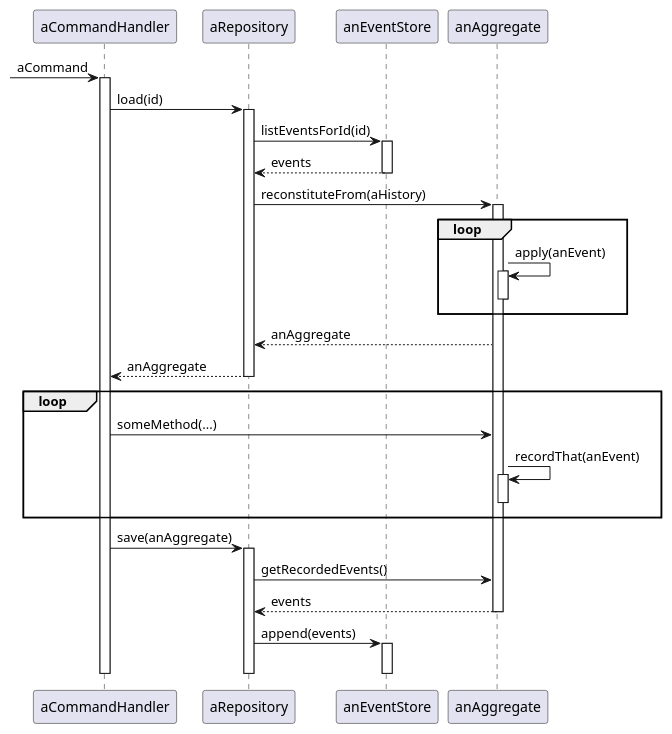
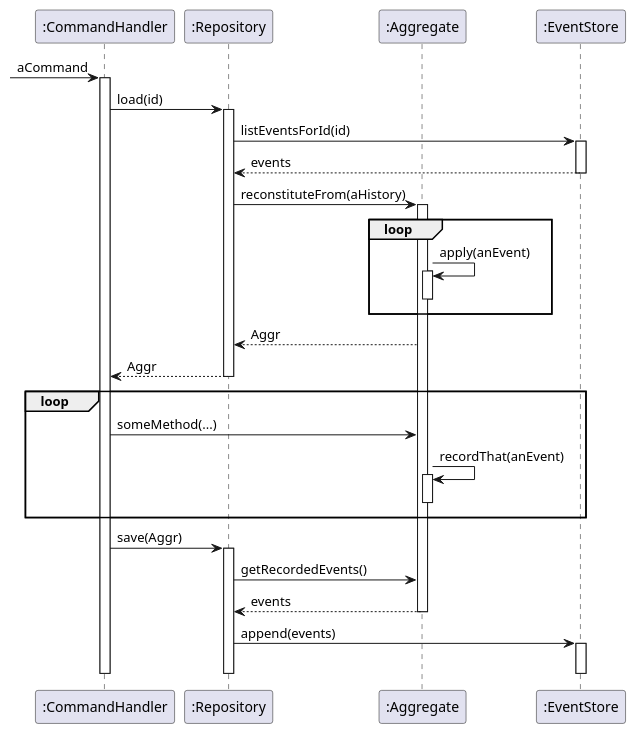
One commit to Hendrik26/InvoiceCore changed the diagram in doc/handling-commands.puml. Above: the diagram before and after it, drawn with PlantUML.

Commit message:
Improve UML sequence diagram for command handling

```diff
--- a/doc/handling-commands.puml
+++ b/doc/handling-commands.puml
@@ -1,36 +1,40 @@
 @startuml
--> aCommandHandler: aCommand
-activate aCommandHandler
-aCommandHandler -> aRepository: load(id)
-activate aRepository
-aRepository -> anEventStore: listEventsForId(id)
-activate anEventStore
-aRepository <-- anEventStore: events
-deactivate anEventStore
-aRepository -> anAggregate: reconstituteFrom(aHistory)
-activate anAggregate
+participant ":CommandHandler" as CoHa
+participant ":Repository" as Repo
+participant ":Aggregate" as Aggr
+participant ":EventStore" as EvSt
+-> CoHa: aCommand
+activate CoHa
+CoHa -> Repo: load(id)
+activate Repo
+Repo -> EvSt: listEventsForId(id)
+activate EvSt
+Repo <-- EvSt: events
+deactivate EvSt
+Repo -> Aggr: reconstituteFrom(aHistory)
+activate Aggr
 loop
-anAggregate -> anAggregate: apply(anEvent)
-activate anAggregate
-deactivate anAggregate
+Aggr -> Aggr: apply(anEvent)
+activate Aggr
+deactivate Aggr
 end
-aRepository <-- anAggregate: anAggregate
-aCommandHandler <-- aRepository: anAggregate
-deactivate aRepository
+Repo <-- Aggr: Aggr
+CoHa <-- Repo: Aggr
+deactivate Repo
 loop
-aCommandHandler -> anAggregate: someMethod(...)
-anAggregate -> anAggregate: recordThat(anEvent)
-activate anAggregate
-deactivate anAggregate
+CoHa -> Aggr: someMethod(...)
+Aggr -> Aggr: recordThat(anEvent)
+activate Aggr
+deactivate Aggr
 end
-aCommandHandler -> aRepository: save(anAggregate)
-activate aRepository
-aRepository -> anAggregate: getRecordedEvents()
-aRepository <-- anAggregate: events
-deactivate anAggregate
-aRepository -> anEventStore: append(events)
-activate anEventStore
-deactivate aRepository
-deactivate anEventStore
-deactivate aCommandHandler
+CoHa -> Repo: save(Aggr)
+activate Repo
+Repo -> Aggr: getRecordedEvents()
+Repo <-- Aggr: events
+deactivate Aggr
+Repo -> EvSt: append(events)
+activate EvSt
+deactivate Repo
+deactivate EvSt
+deactivate CoHa
 @enduml
```
